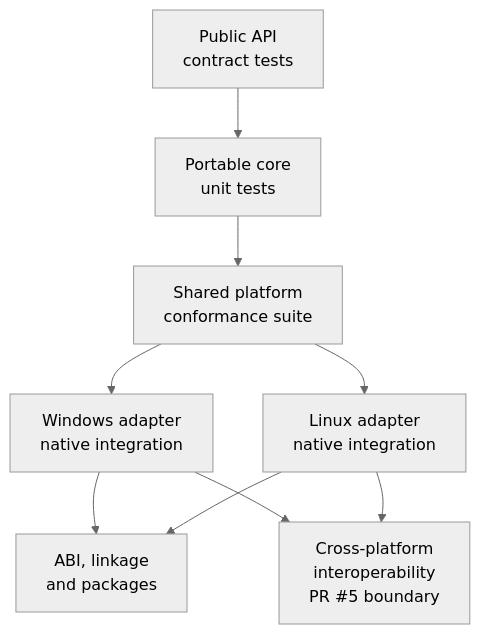
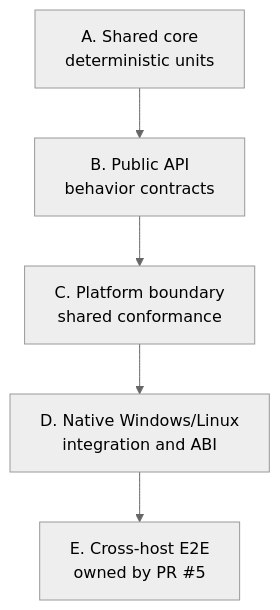
One commit to irregularthanis/ggpo-next changed the diagram in doc/planning/2026-11-07-shared_core_testing_ci/TECH_PLAN.md. Above: the diagram before and after it, drawn with Mermaid (neutral theme). The commit also changed other lines of this file and 2 other files, not shown here.

Commit message:
docs: complete shared-core testing plan

````diff
--- a/doc/planning/2026-11-07-shared_core_testing_ci/TECH_PLAN.md
+++ b/doc/planning/2026-11-07-shared_core_testing_ci/TECH_PLAN.md
@@ -56,18 +24,10 @@
 ```mermaid
 flowchart TD
-    API["Public API<br/>contract tests"]
-    Core["Portable core<br/>unit tests"]
-    Boundary["Shared platform<br/>conformance suite"]
-    Win["Windows adapter<br/>native integration"]
-    Linux["Linux adapter<br/>native integration"]
-    ABI["ABI, linkage<br/>and packages"]
-    E2E["Cross-platform<br/>interoperability<br/>PR #5 boundary"]
+    A["A. Shared core<br/>deterministic units"]
+    B["B. Public API<br/>behavior contracts"]
+    C["C. Platform boundary<br/>shared conformance"]
+    D["D. Native Windows/Linux<br/>integration and ABI"]
+    E["E. Cross-host E2E<br/>owned by PR #5"]
 
-    API --> Core --> Boundary
-    Boundary --> Win
-    Boundary --> Linux
-    Win --> ABI
-    Linux --> ABI
-    Win --> E2E
-    Linux --> E2E
+    A --> B --> C --> D --> E
 ```
````
